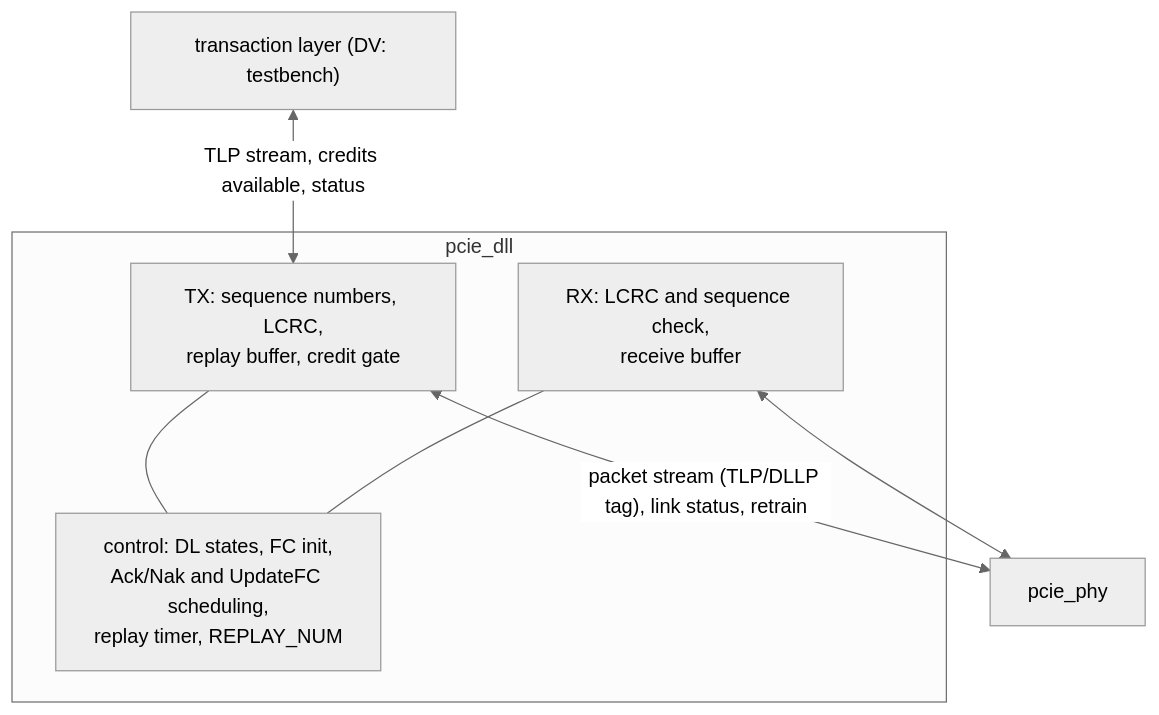
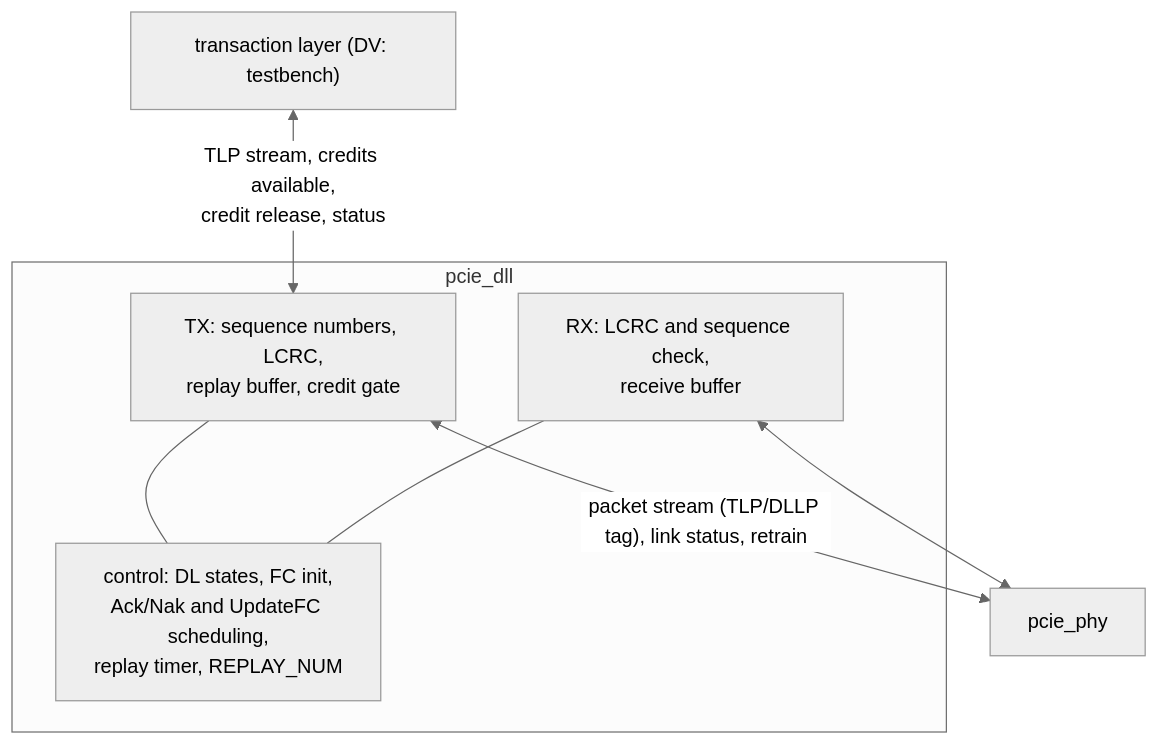
Before and after one commit to amichai-bd/pcie-factory: the diagram in wiki/src/arch/dll/HAS.md, drawn with Mermaid (neutral theme). The commit also changed other lines of this file and 32 other files, not shown here.

First line of the commit message:
rtl: dll and link credit release for the transaction layer (#335)

````diff
--- a/wiki/src/arch/dll/HAS.md
+++ b/wiki/src/arch/dll/HAS.md
@@ -31,13 +33,13 @@
 ```mermaid
 flowchart TB
-  tl["transaction layer (DV: testbench)"] <-- "TLP stream, credits available, status" --> top
+  tl["transaction layer (DV: testbench)"] <-- "TLP stream, credits available,<br/>credit release, status" --> top
   subgraph dll["pcie_dll"]
     top["TX: sequence numbers, LCRC,<br/>replay buffer, credit gate"]
     rx["RX: LCRC and sequence check,<br/>receive buffer"]
     ctl["control: DL states, FC init,<br/>Ack/Nak and UpdateFC scheduling,<br/>replay timer, REPLAY_NUM"]
     top --- ctl
     rx --- ctl
   end
   top <-- "packet stream (TLP/DLLP tag), link status, retrain" --> phy["pcie_phy"]
   rx <--> phy
 ```
````
